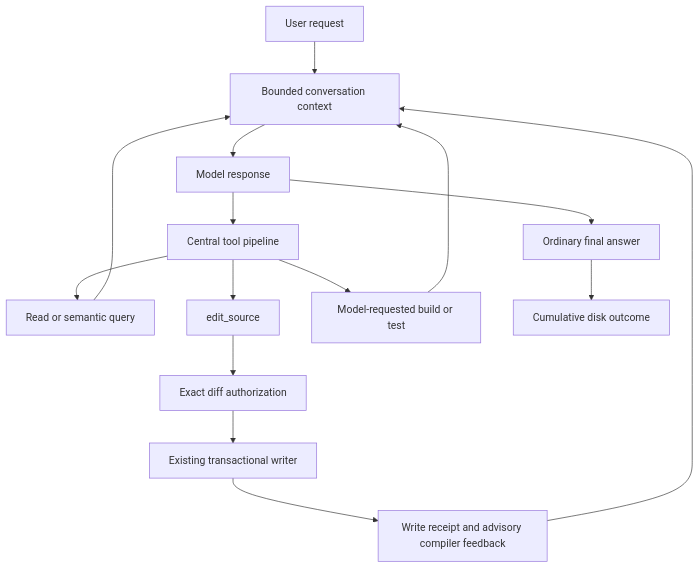
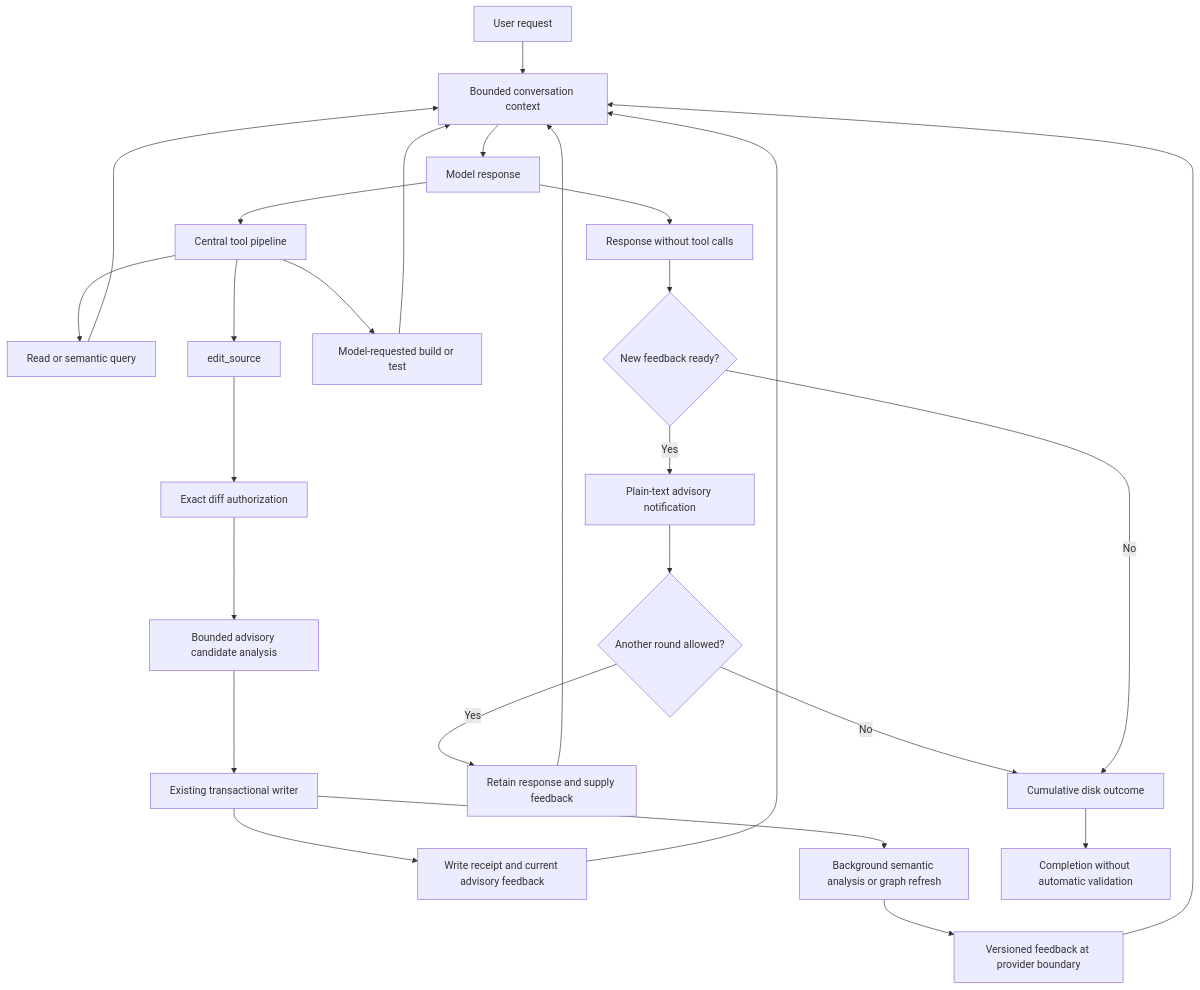
One commit to Threadsmith-NET/Threadsmith.NET changed the diagram in docs/operations/conversation-loop.md. Above: the diagram before and after it, drawn with Mermaid. The commit also changed other lines of this file and 44 other files, not shown here.

First line of the commit message:
Refine direct-edit conversations and advisory semantic feedback

````diff
--- a/docs/operations/conversation-loop.md
+++ b/docs/operations/conversation-loop.md
@@ -5,17 +5,28 @@
 ```mermaid
 flowchart TD
     U[User request] --> C[Bounded conversation context]
     C --> M[Model response]
     M --> T[Central tool pipeline]
     T --> R[Read or semantic query]
     R --> C
     T --> E[edit_source]
     E --> A[Exact diff authorization]
-    A --> W[Existing transactional writer]
-    W --> F[Write receipt and advisory compiler feedback]
+    A --> S[Bounded advisory candidate analysis]
+    S --> W[Existing transactional writer]
+    W --> F[Write receipt and current advisory feedback]
     F --> C
-    M --> D[Ordinary final answer]
+    W --> B[Background semantic analysis or graph refresh]
+    B --> P[Versioned feedback at provider boundary]
+    P --> C
+    M --> D[Response without tool calls]
     T --> V[Model-requested build or test]
     V --> C
-    D --> O[Cumulative disk outcome]
+    D --> Q{New feedback ready?}
+    Q -->|Yes| N[Plain-text advisory notification]
+    N --> L{Another round allowed?}
+    L -->|Yes| H[Retain response and supply feedback]
+    H --> C
+    L -->|No| O[Cumulative disk outcome]
+    Q -->|No| O
+    O --> X[Completion without automatic validation]
 ```
````
